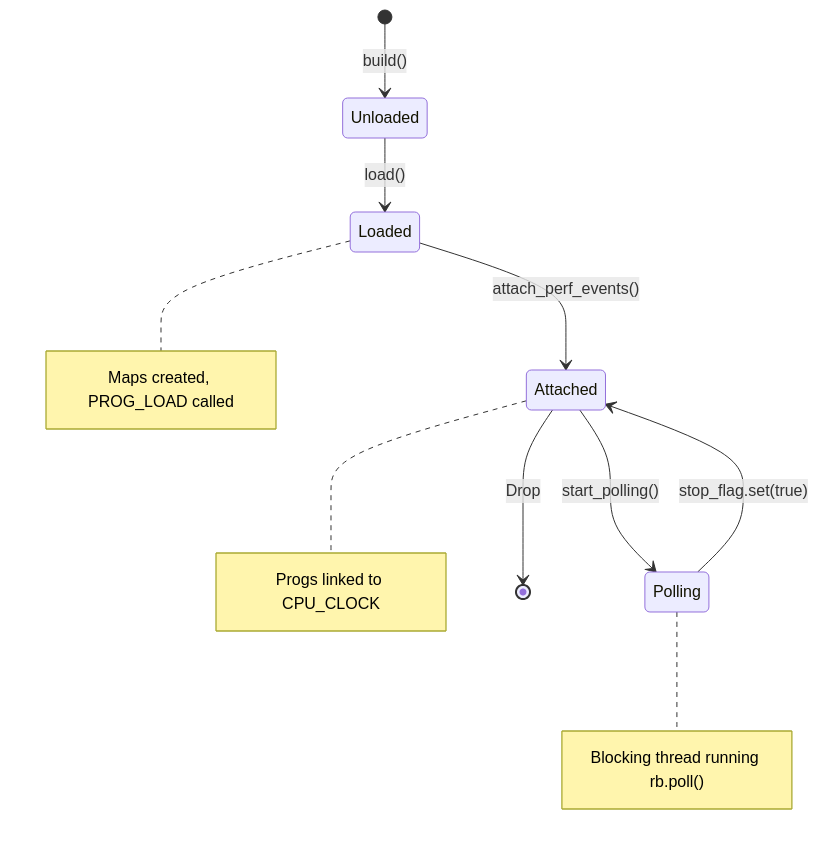
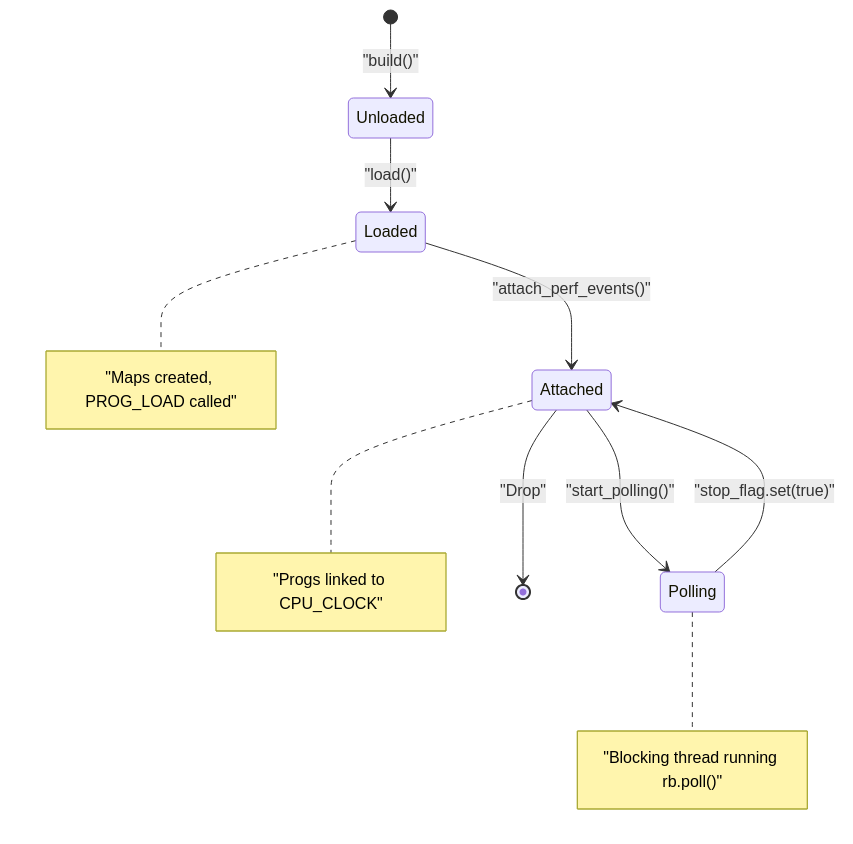
One commit to sugarraysam/bistouri changed the diagram in docs/profiler.qmd. Above: the diagram before and after it, drawn with Mermaid. The commit also changed other lines of this file and 3 other files, not shown here.

````diff
--- a/docs/profiler.qmd
+++ b/docs/profiler.qmd
@@ -57,13 +60,13 @@
 ```{mermaid}
 stateDiagram-v2
-    [*] --> Unloaded : build()
-    Unloaded --> Loaded : load()
-    Loaded --> Attached : attach_perf_events()
-    Attached --> Polling : start_polling()
-    Polling --> Attached : stop_flag.set(true)
-    Attached --> [*] : Drop
+    [*] --> Unloaded : "build()"
+    Unloaded --> Loaded : "load()"
+    Loaded --> Attached : "attach_perf_events()"
+    Attached --> Polling : "start_polling()"
+    Polling --> Attached : "stop_flag.set(true)"
+    Attached --> [*] : "Drop"
 
-    note right of Loaded : Maps created, PROG_LOAD called
-    note right of Attached : Progs linked to CPU_CLOCK
-    note right of Polling : Blocking thread running rb.poll()
+    note right of Loaded : "Maps created, PROG_LOAD called"
+    note right of Attached : "Progs linked to CPU_CLOCK"
+    note right of Polling : "Blocking thread running rb.poll()"
 ```
````
